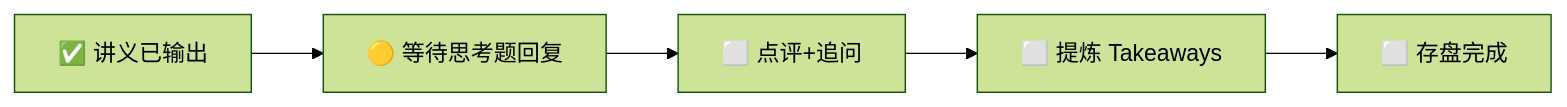
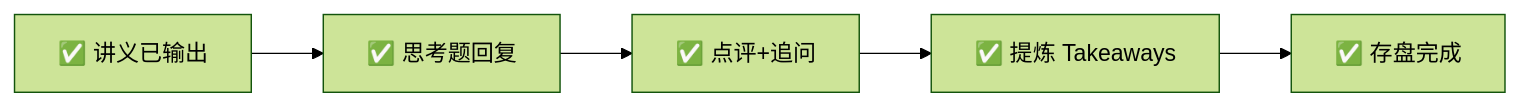
The diagram in docs/week-07/interaction.md (linyuhancelia/ai-industry-research), drawn with Mermaid (forest theme) before and after one commit. The commit also changed other lines of this file and 9 other files, not shown here.

````diff
--- a/docs/week-07/interaction.md
+++ b/docs/week-07/interaction.md
@@ -18,7 +18,7 @@
 ```mermaid
 graph LR
-    A["✅ 讲义已输出"] --> B["🟡 等待思考题回复"]
-    B --> C["⬜ 点评+追问"]
-    C --> D["⬜ 提炼 Takeaways"]
-    D --> E["⬜ 存盘完成"]
+    A["✅ 讲义已输出"] --> B["✅ 思考题回复"]
+    B --> C["✅ 点评+追问"]
+    C --> D["✅ 提炼 Takeaways"]
+    D --> E["✅ 存盘完成"]
 ```
````
